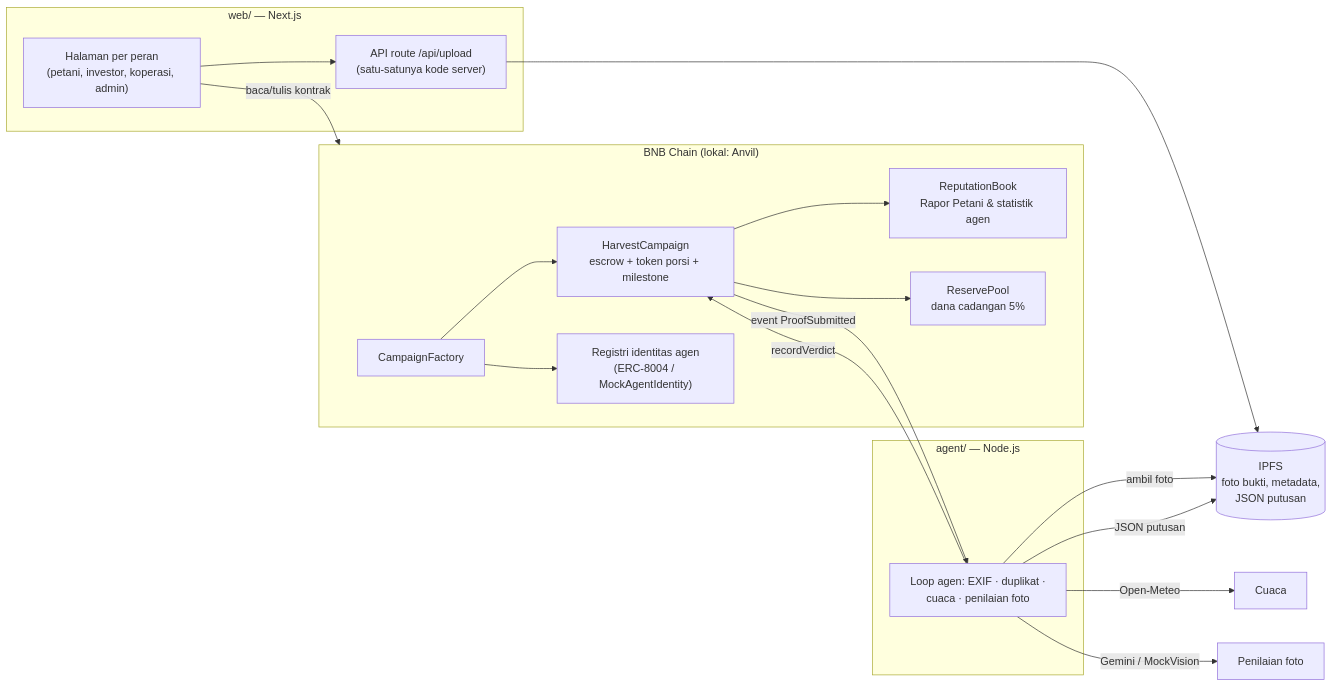
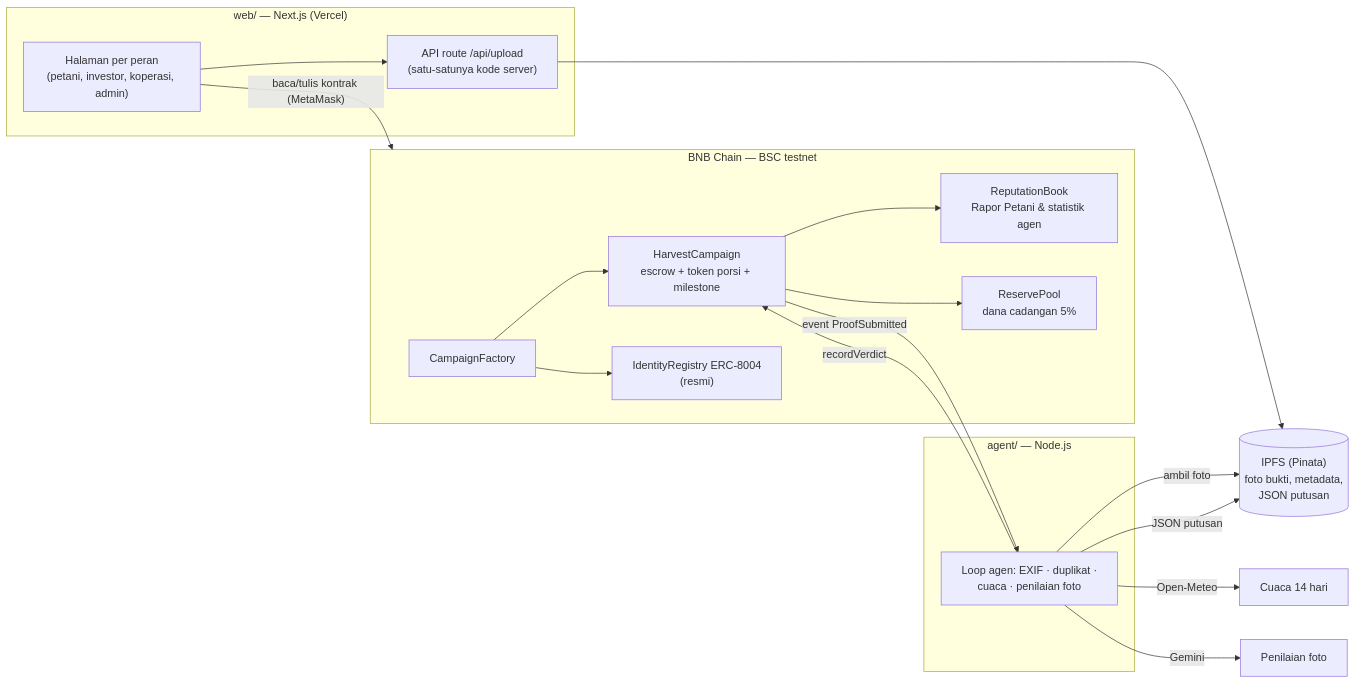
Before and after one commit to MrPrinceAli/bagipanen: the diagram in README.md, drawn with Mermaid. The commit also changed other lines of this file and 3 other files, not shown here.

````diff
--- a/README.md
+++ b/README.md
@@ -35,25 +76,25 @@
 ```mermaid
 flowchart LR
-  subgraph Browser["web/ — Next.js"]
+  subgraph Browser["web/ — Next.js (Vercel)"]
     UI["Halaman per peran<br/>(petani, investor, koperasi, admin)"]
     API["API route /api/upload<br/>(satu-satunya kode server)"]
   end
-  subgraph Chain["BNB Chain (lokal: Anvil)"]
+  subgraph Chain["BNB Chain — BSC testnet"]
     F["CampaignFactory"] --> HC["HarvestCampaign<br/>escrow + token porsi + milestone"]
     HC --> RB["ReputationBook<br/>Rapor Petani & statistik agen"]
     HC --> RP["ReservePool<br/>dana cadangan 5%"]
-    F --> ID["Registri identitas agen<br/>(ERC-8004 / MockAgentIdentity)"]
+    F --> ID["IdentityRegistry ERC-8004<br/>(resmi)"]
   end
-  IPFS[("IPFS<br/>foto bukti, metadata,<br/>JSON putusan")]
+  IPFS[("IPFS (Pinata)<br/>foto bukti, metadata,<br/>JSON putusan")]
   subgraph Agent["agent/ — Node.js"]
     A["Loop agen: EXIF · duplikat ·<br/>cuaca · penilaian foto"]
   end
-  UI -- baca/tulis kontrak --> Chain
+  UI -- baca/tulis kontrak (MetaMask) --> Chain
   UI --> API --> IPFS
   HC -- event ProofSubmitted --> A
   A -- ambil foto --> IPFS
-  A -- Open-Meteo --> W["Cuaca"]
-  A -- Gemini / MockVision --> V["Penilaian foto"]
+  A -- Open-Meteo --> W["Cuaca 14 hari"]
+  A -- Gemini --> V["Penilaian foto"]
   A -- JSON putusan --> IPFS
   A -- recordVerdict --> HC
 ```
````
